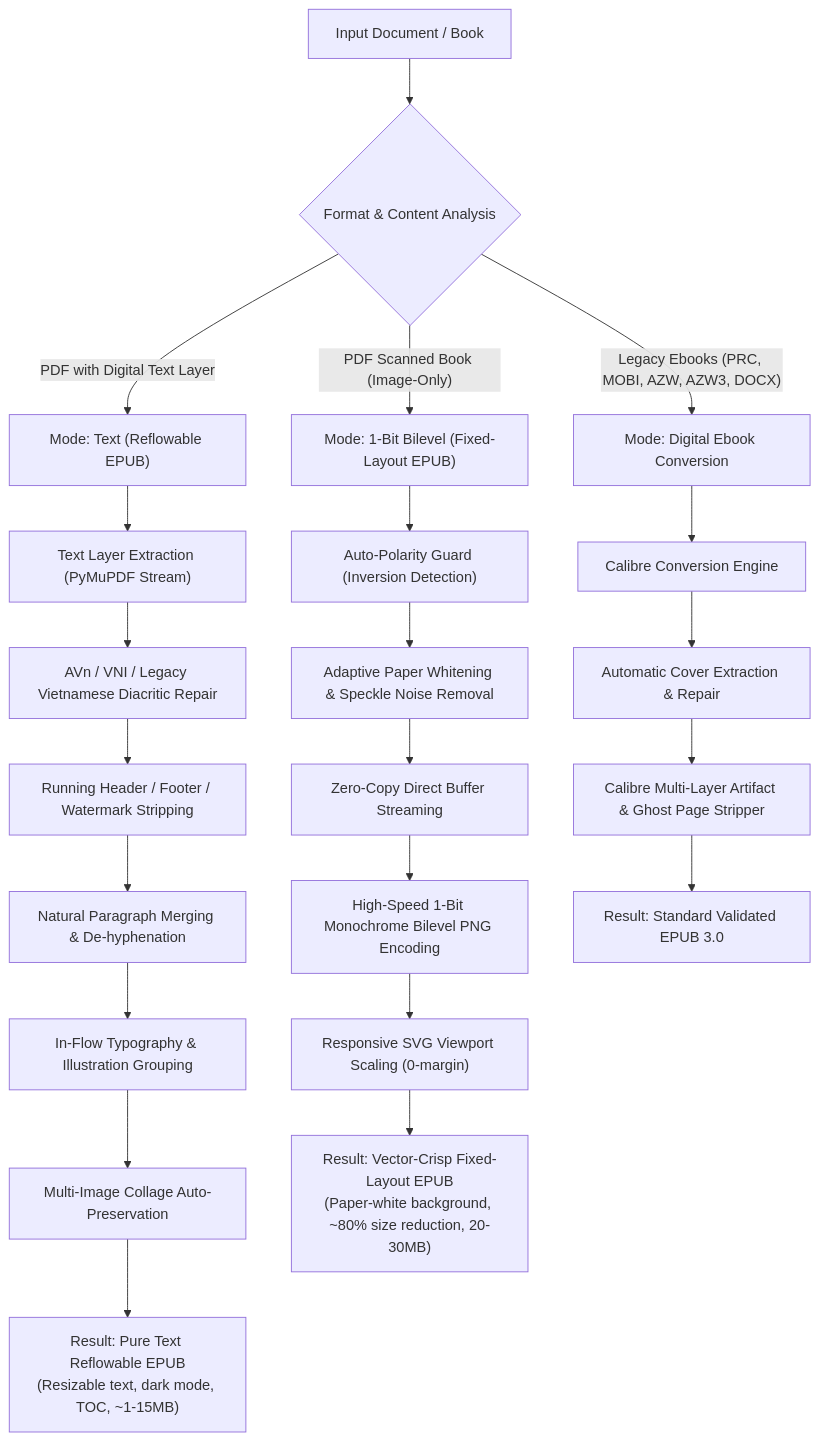
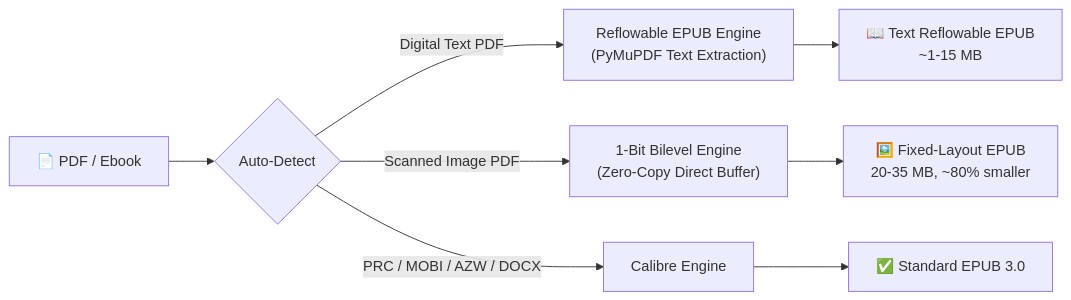
The diagram in README.md (trungtypo-png/epub1t), drawn with Mermaid before and after one commit. The commit also changed other lines of this file and 3 other files, not shown here.

````diff
--- a/README.md
+++ b/README.md
@@ -31,27 +17,10 @@
 ```mermaid
-flowchart TD
-    Input["Input Document / Book"] --> Detect{"Format & Content Analysis"}
-    
-    Detect -->|"PDF with Digital Text Layer"| ModeText["Mode: Text (Reflowable EPUB)"]
-    ModeText --> T1["Text Layer Extraction (PyMuPDF Stream)"]
-    T1 --> T2["AVn / VNI / Legacy Vietnamese Diacritic Repair"]
-    T2 --> T3["Running Header / Footer / Watermark Stripping"]
-    T3 --> T4["Natural Paragraph Merging & De-hyphenation"]
-    T4 --> T5["In-Flow Typography & Illustration Grouping"]
-    T5 --> T6["Multi-Image Collage Auto-Preservation"]
-    T6 --> OutText["Result: Pure Text Reflowable EPUB<br/>(Resizable text, dark mode, TOC, ~1-15MB)"]
-
-    Detect -->|"PDF Scanned Book (Image-Only)"| ModeScan["Mode: 1-Bit Bilevel (Fixed-Layout EPUB)"]
-    ModeScan --> S1["Auto-Polarity Guard (Inversion Detection)"]
-    S1 --> S2["Adaptive Paper Whitening & Speckle Noise Removal"]
-    S2 --> S3["Zero-Copy Direct Buffer Streaming"]
-    S3 --> S4["High-Speed 1-Bit Monochrome Bilevel PNG Encoding"]
-    S4 --> S5["Responsive SVG Viewport Scaling (0-margin)"]
-    S5 --> OutScan["Result: Vector-Crisp Fixed-Layout EPUB<br/>(Paper-white background, ~80% size reduction, 20-30MB)"]
-
-    Detect -->|"Legacy Ebooks (PRC, MOBI, AZW, AZW3, DOCX)"| ModeCalibre["Mode: Digital Ebook Conversion"]
-    ModeCalibre --> C1["Calibre Conversion Engine"]
-    C1 --> C2["Automatic Cover Extraction & Repair"]
-    C2 --> C3["Calibre Multi-Layer Artifact & Ghost Page Stripper"]
-    C3 --> OutCalibre["Result: Standard Validated EPUB 3.0"]
+flowchart LR
+    Input["📄 PDF / Ebook"] --> Detect{"Auto-Detect"}
+    Detect -->|"Digital Text PDF"| T["Reflowable EPUB Engine\n(PyMuPDF Text Extraction)"]
+    Detect -->|"Scanned Image PDF"| S["1-Bit Bilevel Engine\n(Zero-Copy Direct Buffer)"]
+    Detect -->|"PRC / MOBI / AZW / DOCX"| C["Calibre Engine"]
+    T --> OutT["📖 Text Reflowable EPUB\n~1-15 MB"]
+    S --> OutS["🖼️ Fixed-Layout EPUB\n20-35 MB, ~80% smaller"]
+    C --> OutC["✅ Standard EPUB 3.0"]
 ```
````
